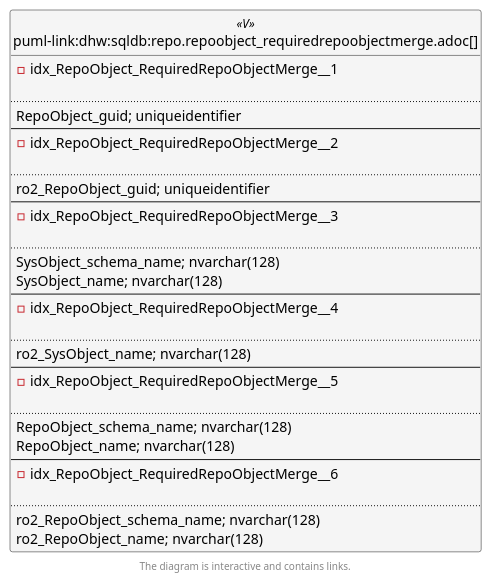
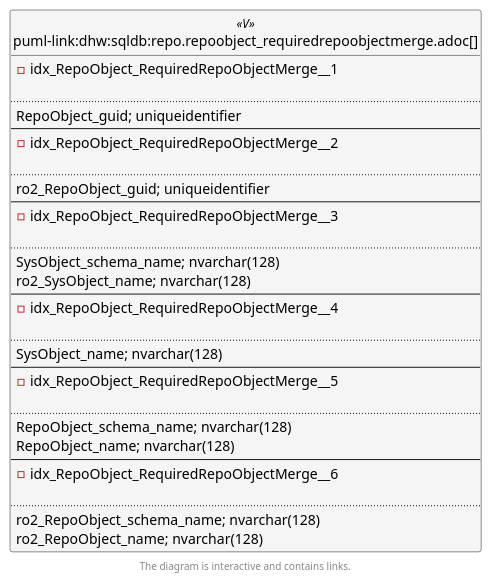
Before and after one commit to DataHandwerk/dhw-antora-sqldb: the second of 6 diagrams in docs/modules/sqldb/partials/content/repo.repoobject_requiredrepoobjectmerge.adoc, drawn with PlantUML. The commit also changed other lines of this file and 701 other files, not shown here.

```diff
--- a/docs/modules/sqldb/partials/content/repo.repoobject_requiredrepoobjectmerge.adoc
+++ b/docs/modules/sqldb/partials/content/repo.repoobject_requiredrepoobjectmerge.adoc
@@ -897,71 +897,71 @@
 [plantuml, entity_1_1_fk-{docname}, svg, subs=macros]
 ....
 @startuml
 left to right direction
 'top to bottom direction
 hide circle
 'avoide "." issues:
 set namespaceSeparator none
 
 
 skinparam class {
   BackgroundColor White
   BackgroundColor<<FN>> Yellow
   BackgroundColor<<FS>> Yellow
   BackgroundColor<<FT>> LightGray
   BackgroundColor<<IF>> Yellow
   BackgroundColor<<IS>> Yellow
   BackgroundColor<<P>>  Aqua
   BackgroundColor<<PC>> Aqua
   BackgroundColor<<SN>> Yellow
   BackgroundColor<<SO>> SlateBlue
   BackgroundColor<<TF>> LightGray
   BackgroundColor<<TR>> Tomato
   BackgroundColor<<U>>  White
   BackgroundColor<<V>>  WhiteSmoke
   BackgroundColor<<X>>  Aqua
   BackgroundColor<<external>> AliceBlue
 }
 
 
 entity "puml-link:dhw:sqldb:repo.repoobject_requiredrepoobjectmerge.adoc[]" as repo.RepoObject_RequiredRepoObjectMerge << V >> {
 - idx_RepoObject_RequiredRepoObjectMerge__1
 
 ..
 RepoObject_guid; uniqueidentifier
 --
 - idx_RepoObject_RequiredRepoObjectMerge__2
 
 ..
 ro2_RepoObject_guid; uniqueidentifier
 --
 - idx_RepoObject_RequiredRepoObjectMerge__3
 
 ..
 SysObject_schema_name; nvarchar(128)
-SysObject_name; nvarchar(128)
+ro2_SysObject_name; nvarchar(128)
 --
 - idx_RepoObject_RequiredRepoObjectMerge__4
 
 ..
-ro2_SysObject_name; nvarchar(128)
+SysObject_name; nvarchar(128)
 --
 - idx_RepoObject_RequiredRepoObjectMerge__5
 
 ..
 RepoObject_schema_name; nvarchar(128)
 RepoObject_name; nvarchar(128)
 --
 - idx_RepoObject_RequiredRepoObjectMerge__6
 
 ..
 ro2_RepoObject_schema_name; nvarchar(128)
 ro2_RepoObject_name; nvarchar(128)
 }
 
 
 
 footer The diagram is interactive and contains links.
 
 @enduml
 ....
```
